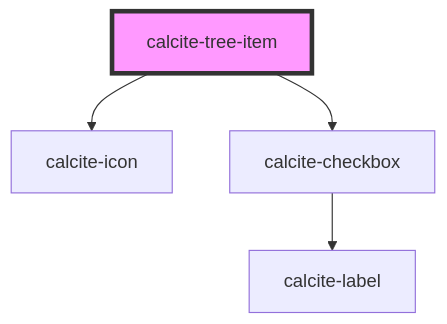
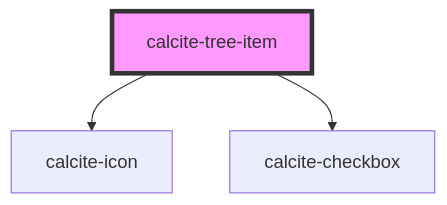
Before and after one commit to vikivakarvc/calcite-design-system: the diagram in src/components/calcite-tree-item/readme.md, drawn with Mermaid. The commit also changed 60 other files, not shown here.

````diff
--- a/src/components/calcite-tree-item/readme.md
+++ b/src/components/calcite-tree-item/readme.md
@@ -23,7 +23,6 @@
 ```mermaid
 graph TD;
   calcite-tree-item --> calcite-icon
   calcite-tree-item --> calcite-checkbox
-  calcite-checkbox --> calcite-label
   style calcite-tree-item fill:#f9f,stroke:#333,stroke-width:4px
 ```
````
